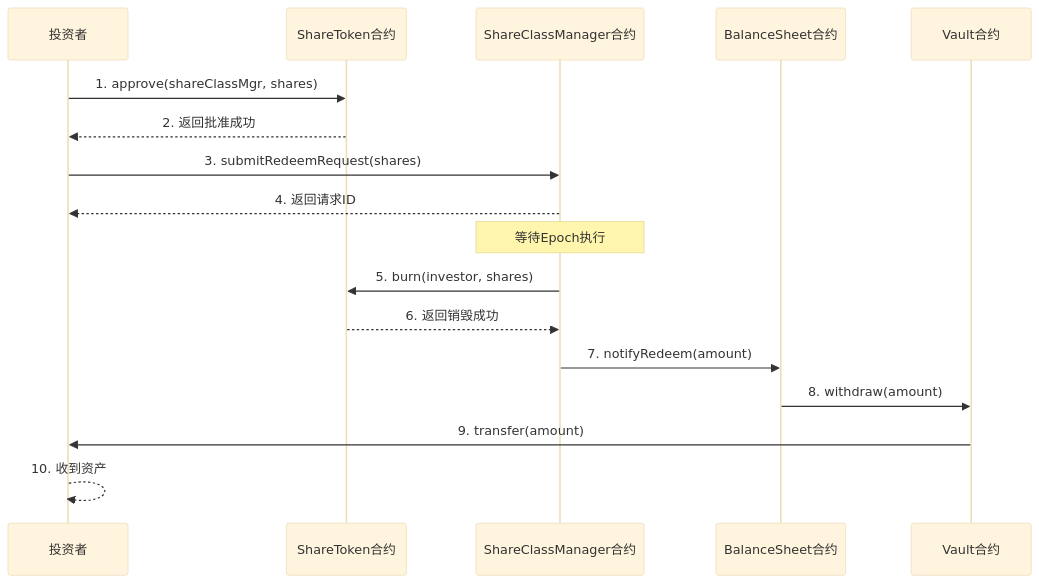
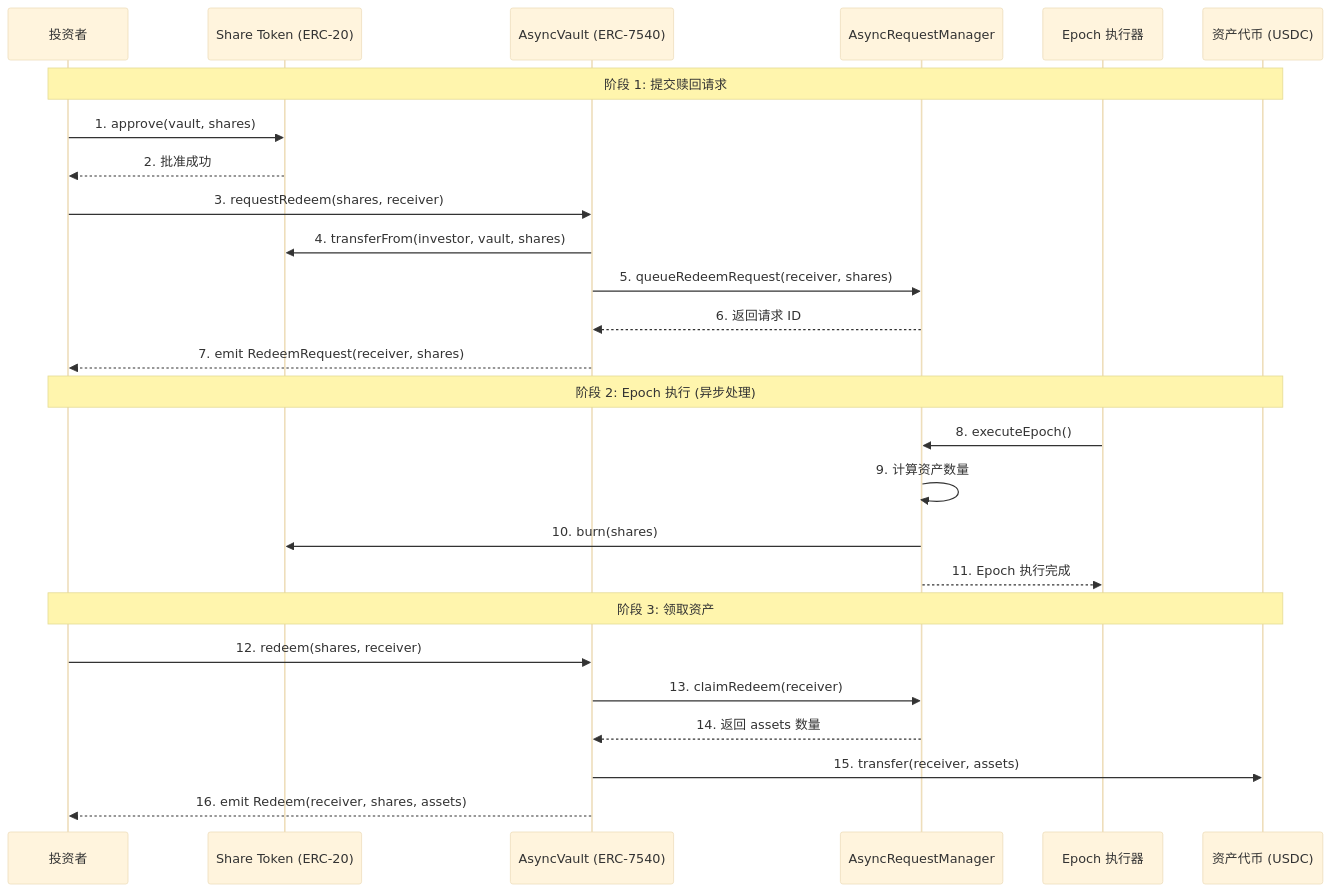
The fifth of 7 diagrams in product-analysis/RWA-Protocols/Centrifuge/technical-deep-dive.md (USDAble/rwa-husd-docs), drawn with Mermaid (base theme) before and after one commit. The commit also changed other lines of this file, not shown here.

````diff
--- a/product-analysis/RWA-Protocols/Centrifuge/technical-deep-dive.md
+++ b/product-analysis/RWA-Protocols/Centrifuge/technical-deep-dive.md
@@ -1149,21 +1148,31 @@
 ```mermaid
 sequenceDiagram
     participant Investor as 投资者
-    participant ShareToken as ShareToken合约
-    participant ShareClassMgr as ShareClassManager合约
-    participant BalanceSheet as BalanceSheet合约
-    participant Vault as Vault合约
+    participant ShareToken as Share Token (ERC-20)
+    participant Vault as AsyncVault (ERC-7540)
+    participant RequestMgr as AsyncRequestManager
+    participant Epoch as Epoch 执行器
+    participant Asset as 资产代币 (USDC)
 
-    Investor->>ShareToken: 1. approve(shareClassMgr, shares)
-    ShareToken-->>Investor: 2. 返回批准成功
-    Investor->>ShareClassMgr: 3. submitRedeemRequest(shares)
-    ShareClassMgr-->>Investor: 4. 返回请求ID
-    Note over ShareClassMgr: 等待Epoch执行
+    Note over Investor,Asset: 阶段 1: 提交赎回请求
+    Investor->>ShareToken: 1. approve(vault, shares)
+    ShareToken-->>Investor: 2. 批准成功
+    Investor->>Vault: 3. requestRedeem(shares, receiver)
+    Vault->>ShareToken: 4. transferFrom(investor, vault, shares)
+    Vault->>RequestMgr: 5. queueRedeemRequest(receiver, shares)
+    RequestMgr-->>Vault: 6. 返回请求 ID
+    Vault-->>Investor: 7. emit RedeemRequest(receiver, shares)
 
-    ShareClassMgr->>ShareToken: 5. burn(investor, shares)
-    ShareToken-->>ShareClassMgr: 6. 返回销毁成功
-    ShareClassMgr->>BalanceSheet: 7. notifyRedeem(amount)
-    BalanceSheet->>Vault: 8. withdraw(amount)
-    Vault->>Investor: 9. transfer(amount)
-    Investor-->>Investor: 10. 收到资产
+    Note over Investor,Asset: 阶段 2: Epoch 执行 (异步处理)
+    Epoch->>RequestMgr: 8. executeEpoch()
+    RequestMgr->>RequestMgr: 9. 计算资产数量
+    RequestMgr->>ShareToken: 10. burn(shares)
+    RequestMgr-->>Epoch: 11. Epoch 执行完成
+
+    Note over Investor,Asset: 阶段 3: 领取资产
+    Investor->>Vault: 12. redeem(shares, receiver)
+    Vault->>RequestMgr: 13. claimRedeem(receiver)
+    RequestMgr-->>Vault: 14. 返回 assets 数量
+    Vault->>Asset: 15. transfer(receiver, assets)
+    Vault-->>Investor: 16. emit Redeem(receiver, shares, assets)
 ```
````
